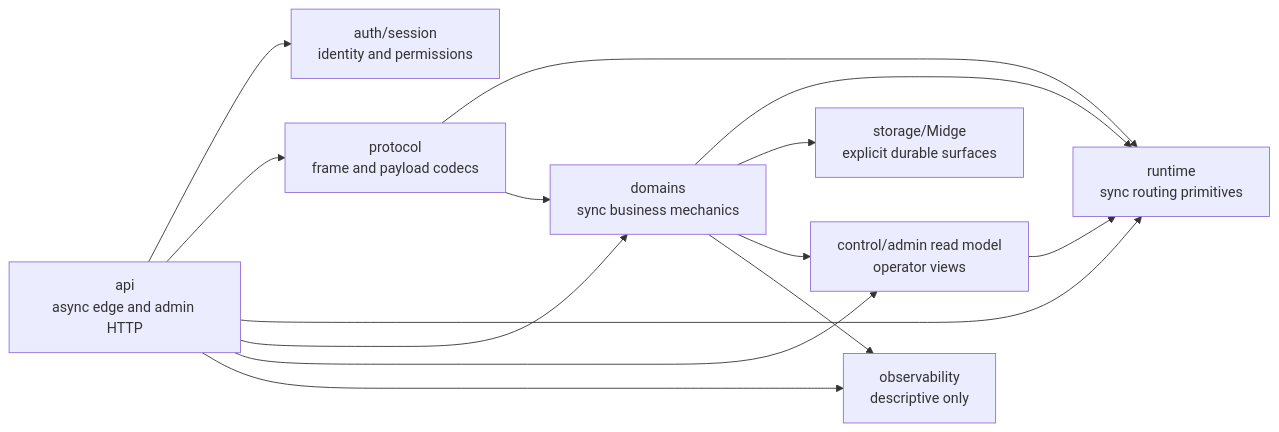
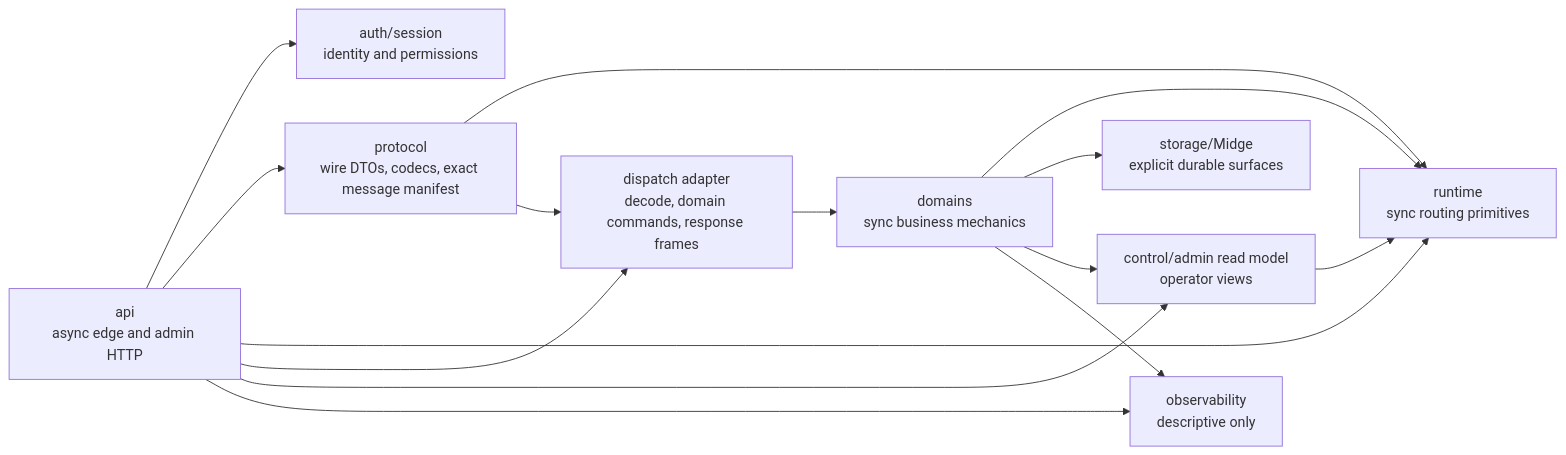
The second of 3 diagrams in docs/development/code-architecture-modules.md (cntryl/fitz), drawn with Mermaid before and after one commit. The commit also changed other lines of this file and 150 other files, not shown here.

````diff
--- a/docs/development/code-architecture-modules.md
+++ b/docs/development/code-architecture-modules.md
@@ -134,25 +137,27 @@
 ```mermaid
 flowchart LR
     API["api<br/>async edge and admin HTTP"]
     AUTH["auth/session<br/>identity and permissions"]
-    PROTOCOL["protocol<br/>frame and payload codecs"]
+    PROTOCOL["protocol<br/>wire DTOs, codecs, exact message manifest"]
+    DISPATCH["dispatch adapter<br/>decode, domain commands, response frames"]
     RUNTIME["runtime<br/>sync routing primitives"]
     DOMAINS["domains<br/>sync business mechanics"]
     STORAGE["storage/Midge<br/>explicit durable surfaces"]
     CONTROL["control/admin read model<br/>operator views"]
     OBS["observability<br/>descriptive only"]
 
     API --> AUTH
     API --> PROTOCOL
     API --> RUNTIME
-    API --> DOMAINS
+    API --> DISPATCH
     API --> CONTROL
     PROTOCOL --> RUNTIME
-    PROTOCOL --> DOMAINS
+    PROTOCOL --> DISPATCH
+    DISPATCH --> DOMAINS
     DOMAINS --> RUNTIME
     DOMAINS --> STORAGE
     DOMAINS --> CONTROL
     DOMAINS --> OBS
     API --> OBS
     CONTROL --> RUNTIME
 ```
````
